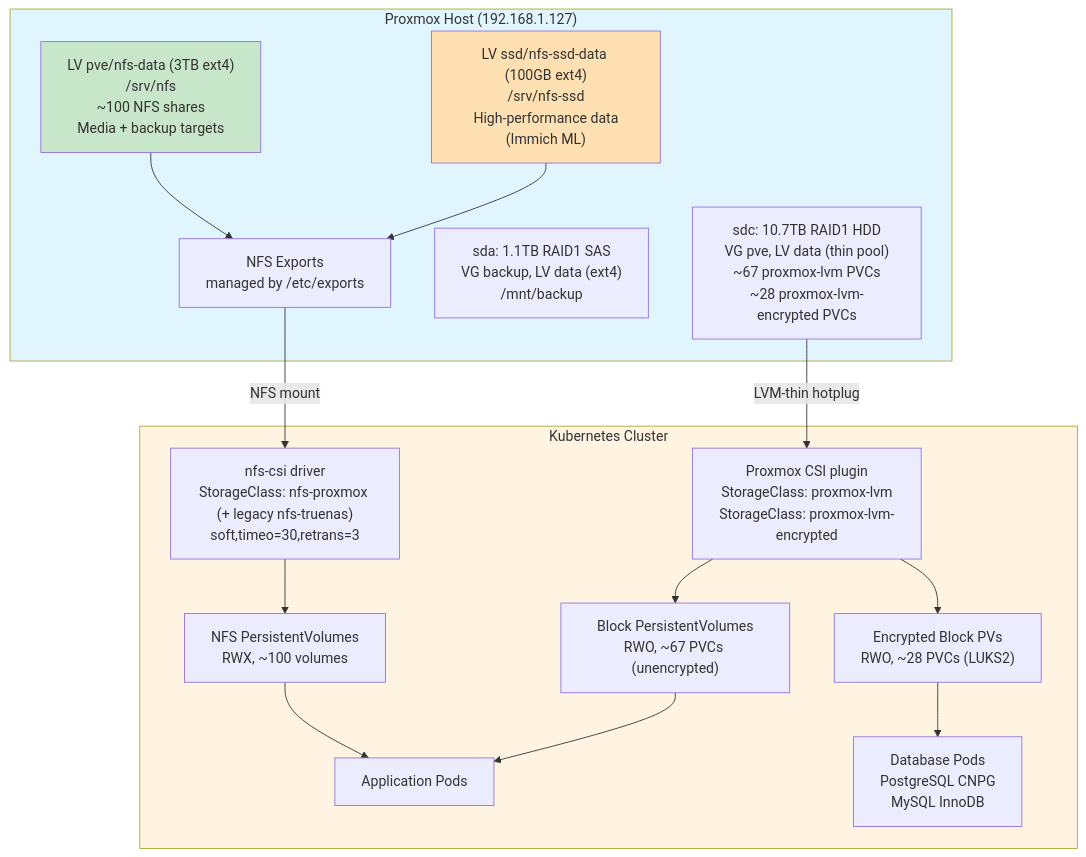
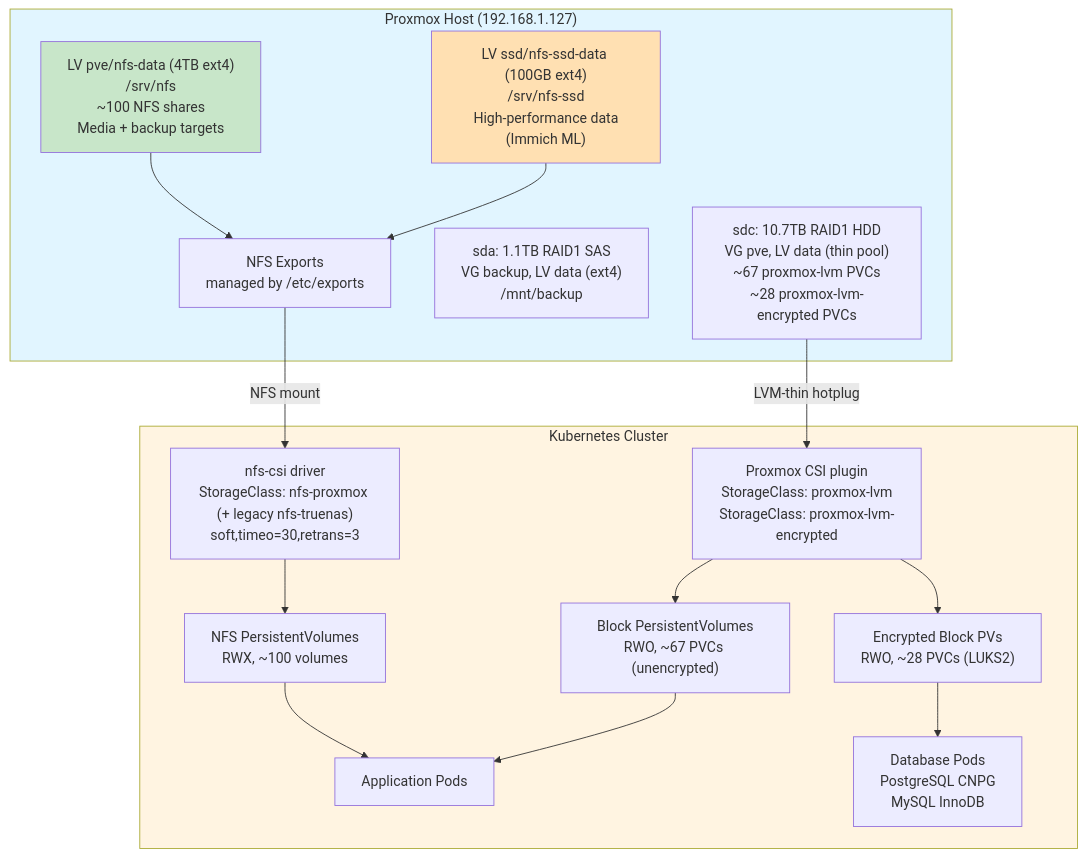
Before and after one commit to ViktorBarzin/infra: the diagram in docs/architecture/storage.md, drawn with Mermaid. The commit also changed other lines of this file and 2 other files, not shown here.

````diff
--- a/docs/architecture/storage.md
+++ b/docs/architecture/storage.md
@@ -29,40 +29,40 @@
 ```mermaid
 graph TB
     subgraph Proxmox["Proxmox Host (192.168.1.127)"]
         sdc["sdc: 10.7TB RAID1 HDD<br/>VG pve, LV data (thin pool)<br/>~67 proxmox-lvm PVCs<br/>~28 proxmox-lvm-encrypted PVCs"]
         sda["sda: 1.1TB RAID1 SAS<br/>VG backup, LV data (ext4)<br/>/mnt/backup"]
-        NFS_HDD["LV pve/nfs-data (3TB ext4)<br/>/srv/nfs<br/>~100 NFS shares<br/>Media + backup targets"]
+        NFS_HDD["LV pve/nfs-data (4TB ext4)<br/>/srv/nfs<br/>~100 NFS shares<br/>Media + backup targets"]
         NFS_SSD["LV ssd/nfs-ssd-data (100GB ext4)<br/>/srv/nfs-ssd<br/>High-performance data<br/>(Immich ML)"]
         NFS_Exports["NFS Exports<br/>managed by /etc/exports"]
         NFS_HDD --> NFS_Exports
         NFS_SSD --> NFS_Exports
     end
 
     subgraph K8s["Kubernetes Cluster"]
         CSI_NFS["nfs-csi driver<br/>StorageClass: nfs-proxmox (+ legacy nfs-truenas)<br/>soft,timeo=30,retrans=3"]
         CSI_PVE["Proxmox CSI plugin<br/>StorageClass: proxmox-lvm<br/>StorageClass: proxmox-lvm-encrypted"]
 
         NFS_PV["NFS PersistentVolumes<br/>RWX, ~100 volumes"]
         Block_PV["Block PersistentVolumes<br/>RWO, ~67 PVCs (unencrypted)"]
         Enc_PV["Encrypted Block PVs<br/>RWO, ~28 PVCs (LUKS2)"]
 
         Pods["Application Pods"]
         DBPods["Database Pods<br/>PostgreSQL CNPG<br/>MySQL InnoDB"]
     end
 
     NFS_Exports -->|NFS mount| CSI_NFS
     sdc -->|LVM-thin hotplug| CSI_PVE
 
     CSI_NFS --> NFS_PV
     CSI_PVE --> Block_PV
     CSI_PVE --> Enc_PV
 
     NFS_PV --> Pods
     Block_PV --> Pods
     Enc_PV --> DBPods
 
     style Proxmox fill:#e1f5ff
     style K8s fill:#fff4e1
     style NFS_HDD fill:#c8e6c9
     style NFS_SSD fill:#ffe0b2
 ```
````
